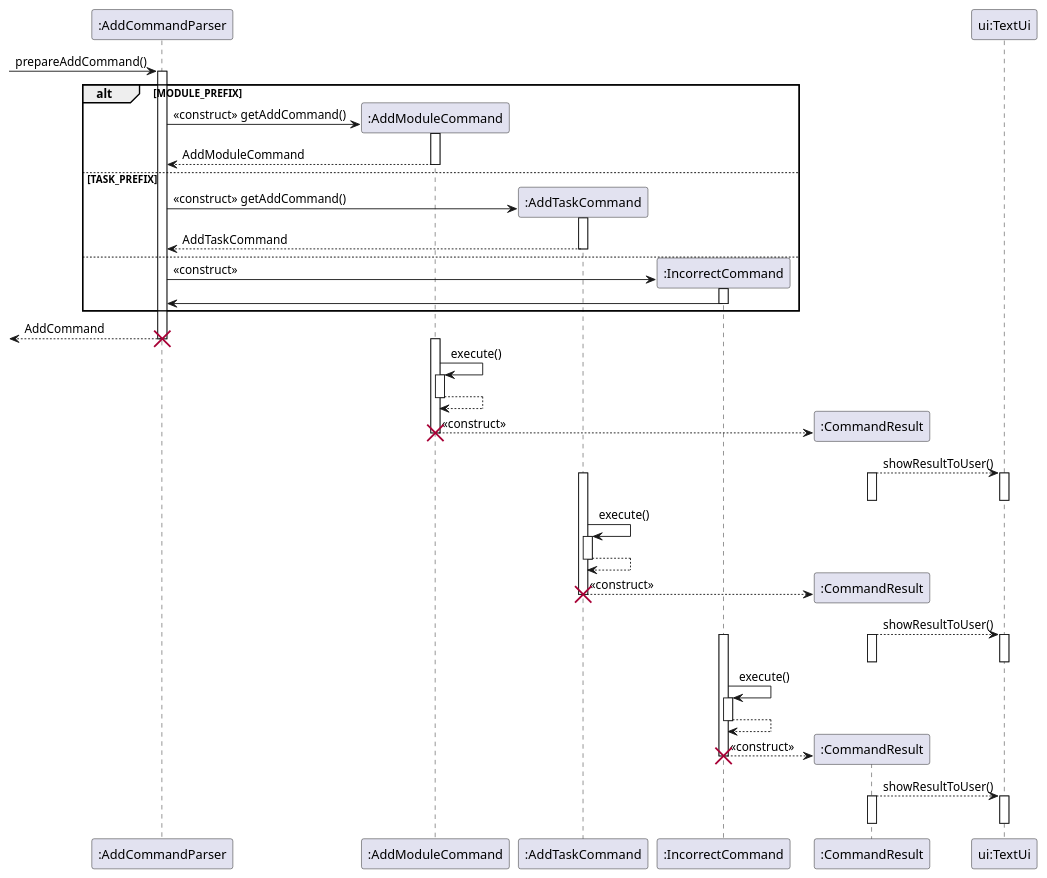
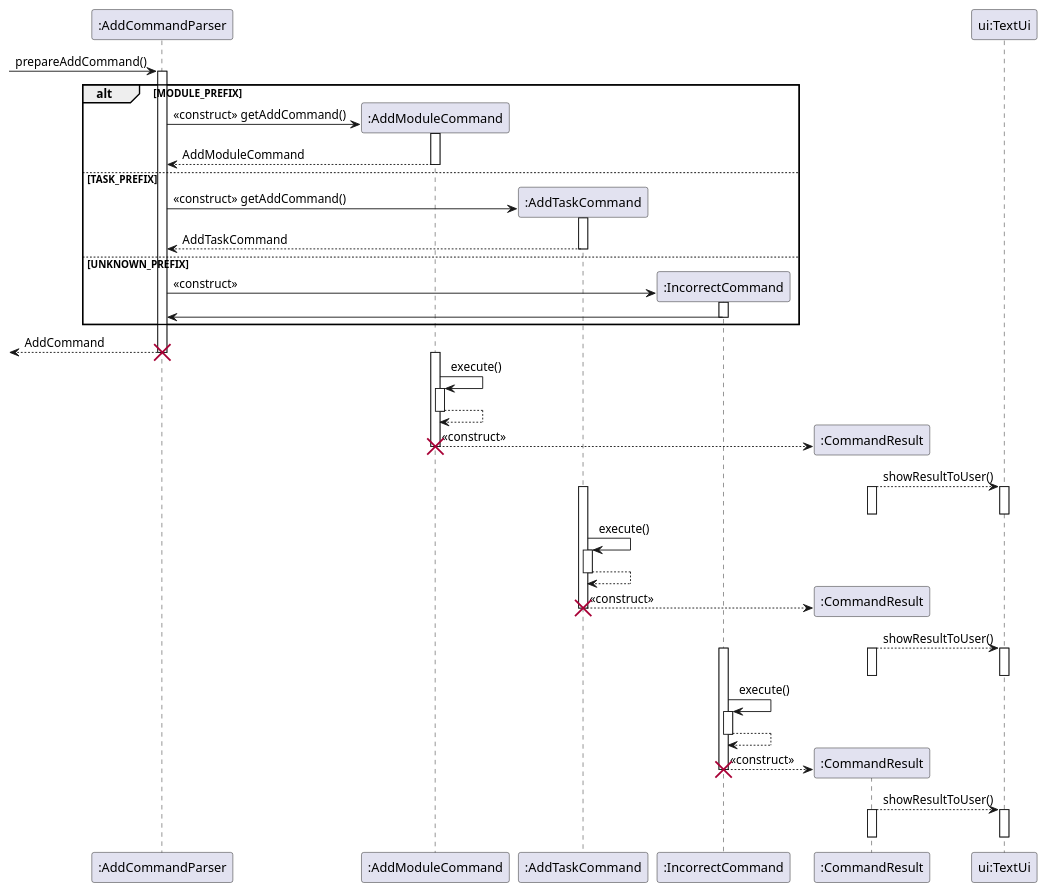
The diagram in docs/diagrams/UML/AddCommandSequenceDiagram.puml (wangqinNick/tp), drawn with PlantUML before and after one commit.

Commit message:
Add unknown alt description

```diff
--- a/docs/diagrams/UML/AddCommandSequenceDiagram.puml
+++ b/docs/diagrams/UML/AddCommandSequenceDiagram.puml
@@ -1,72 +1,72 @@
 @startuml
 -> ":AddCommandParser": prepareAddCommand()
 activate ":AddCommandParser"
 alt MODULE_PREFIX
     create ":AddModuleCommand"
     ":AddCommandParser" -> ":AddModuleCommand": <<construct>> getAddCommand()
     activate ":AddModuleCommand"
     ":AddCommandParser" <-- ":AddModuleCommand": AddModuleCommand
     deactivate ":AddModuleCommand"
 else TASK_PREFIX
     create ":AddTaskCommand"
     ":AddCommandParser" -> ":AddTaskCommand": <<construct>> getAddCommand()
     activate ":AddTaskCommand"
     ":AddCommandParser" <-- ":AddTaskCommand": AddTaskCommand
     deactivate ":AddTaskCommand"
-else
+else UNKNOWN_PREFIX
     create ":IncorrectCommand"
     ":AddCommandParser" -> ":IncorrectCommand": <<construct>>
     activate ":IncorrectCommand"
     ":AddCommandParser" <- ":IncorrectCommand"
     deactivate ":IncorrectCommand"
 end
 <-- ":AddCommandParser": AddCommand
 destroy ":AddCommandParser"
 
 activate ":AddModuleCommand"
 ":AddModuleCommand" -> ":AddModuleCommand": execute()
 activate ":AddModuleCommand"
 ":AddModuleCommand" --> ":AddModuleCommand"
 deactivate ":AddModuleCommand"
 create ":CommandResult"
 ":AddModuleCommand" --> ":CommandResult": <<construct>>
 deactivate ":AddModuleCommand"
 destroy ":AddModuleCommand"
 ":CommandResult" --> "ui:TextUi": showResultToUser()
 activate "ui:TextUi"
 deactivate "ui:TextUi"
 activate ":CommandResult"
 deactivate ":CommandResult"
 
 
 activate ":AddTaskCommand"
 ":AddTaskCommand" -> ":AddTaskCommand": execute()
 activate ":AddTaskCommand"
 ":AddTaskCommand" --> ":AddTaskCommand"
 deactivate ":AddTaskCommand"
 create ":CommandResult"
 ":AddTaskCommand" --> ":CommandResult": <<construct>>
 deactivate ":AddTaskCommand"
 destroy ":AddTaskCommand"
 ":CommandResult" --> "ui:TextUi": showResultToUser()
 activate "ui:TextUi"
 deactivate "ui:TextUi"
 activate ":CommandResult"
 deactivate ":CommandResult"
 
 activate ":IncorrectCommand"
 ":IncorrectCommand" -> ":IncorrectCommand": execute()
 activate ":IncorrectCommand"
 ":IncorrectCommand" --> ":IncorrectCommand"
 deactivate ":IncorrectCommand"
 create ":CommandResult"
 ":IncorrectCommand" --> ":CommandResult": <<construct>>
 deactivate ":IncorrectCommand"
 destroy ":IncorrectCommand"
 ":CommandResult" --> "ui:TextUi": showResultToUser()
 activate "ui:TextUi"
 deactivate "ui:TextUi"
 activate ":CommandResult"
 deactivate ":CommandResult"
 
 @enduml
```
